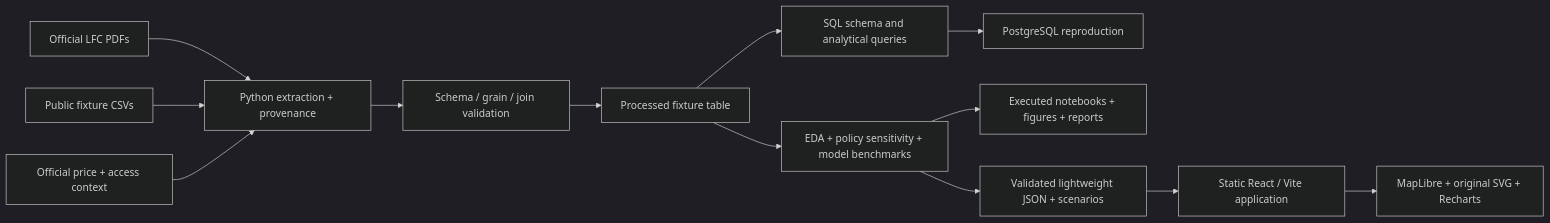
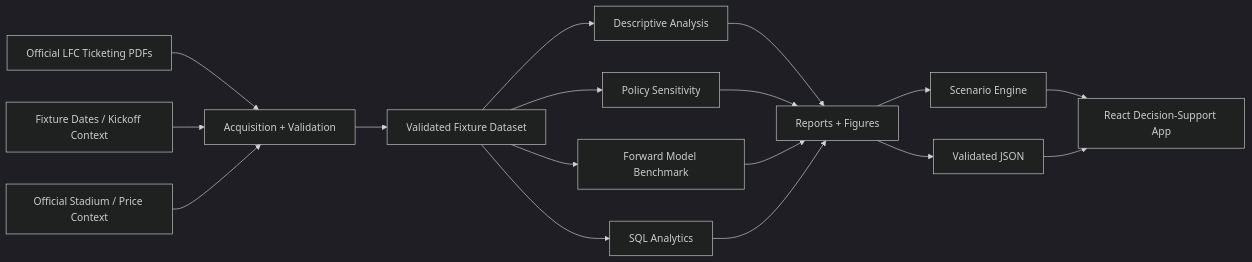
Before and after one commit to Thizisfranklin/Anfield-Stadium-Ticket-Value-Revenue: the diagram in README.md, drawn with Mermaid (dark theme). The commit also changed other lines of this file, not shown here.

Commit message:
Rewrite README for US audience with visual club context and analytical narrative

````diff
--- a/README.md
+++ b/README.md
@@ -68,15 +719,24 @@
-```mermaid
+~~~mermaid
 flowchart LR
-    A[Official LFC PDFs] --> C[Python extraction + provenance]
-    B[Public fixture CSVs] --> C
-    P[Official price + access context] --> C
-    C --> V[Schema / grain / join validation]
-    V --> D[Processed fixture table]
-    D --> E[EDA + policy sensitivity + model benchmarks]
-    D --> S[SQL schema and analytical queries]
-    S --> PG[PostgreSQL reproduction]
-    E --> N[Executed notebooks + figures + reports]
-    E --> J[Validated lightweight JSON + scenarios]
-    J --> R[Static React / Vite application]
-    R --> M[MapLibre + original SVG + Recharts]
-```
+    A[Official LFC Ticketing PDFs] --> D[Acquisition + Validation]
+    B[Fixture Dates / Kickoff Context] --> D
+    C[Official Stadium / Price Context] --> D
+
+    D --> E[Validated Fixture Dataset]
+
+    E --> F[Descriptive Analysis]
+    E --> G[Policy Sensitivity]
+    E --> H[Forward Model Benchmark]
+    E --> I[SQL Analytics]
+
+    F --> J[Reports + Figures]
+    G --> J
+    H --> J
+    I --> J
+
+    J --> K[Scenario Engine]
+    J --> L[Validated JSON]
+
+    K --> M[React Decision-Support App]
+    L --> M
+~~~
````
